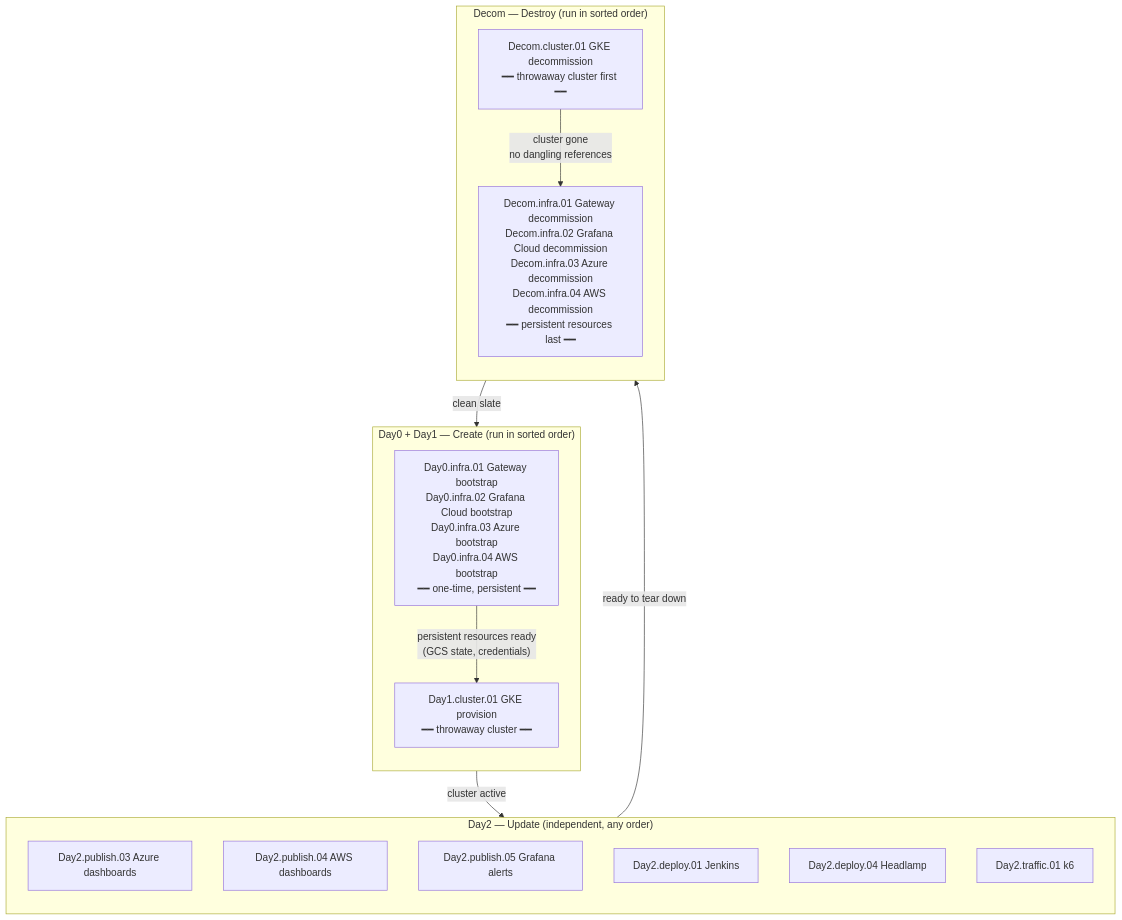
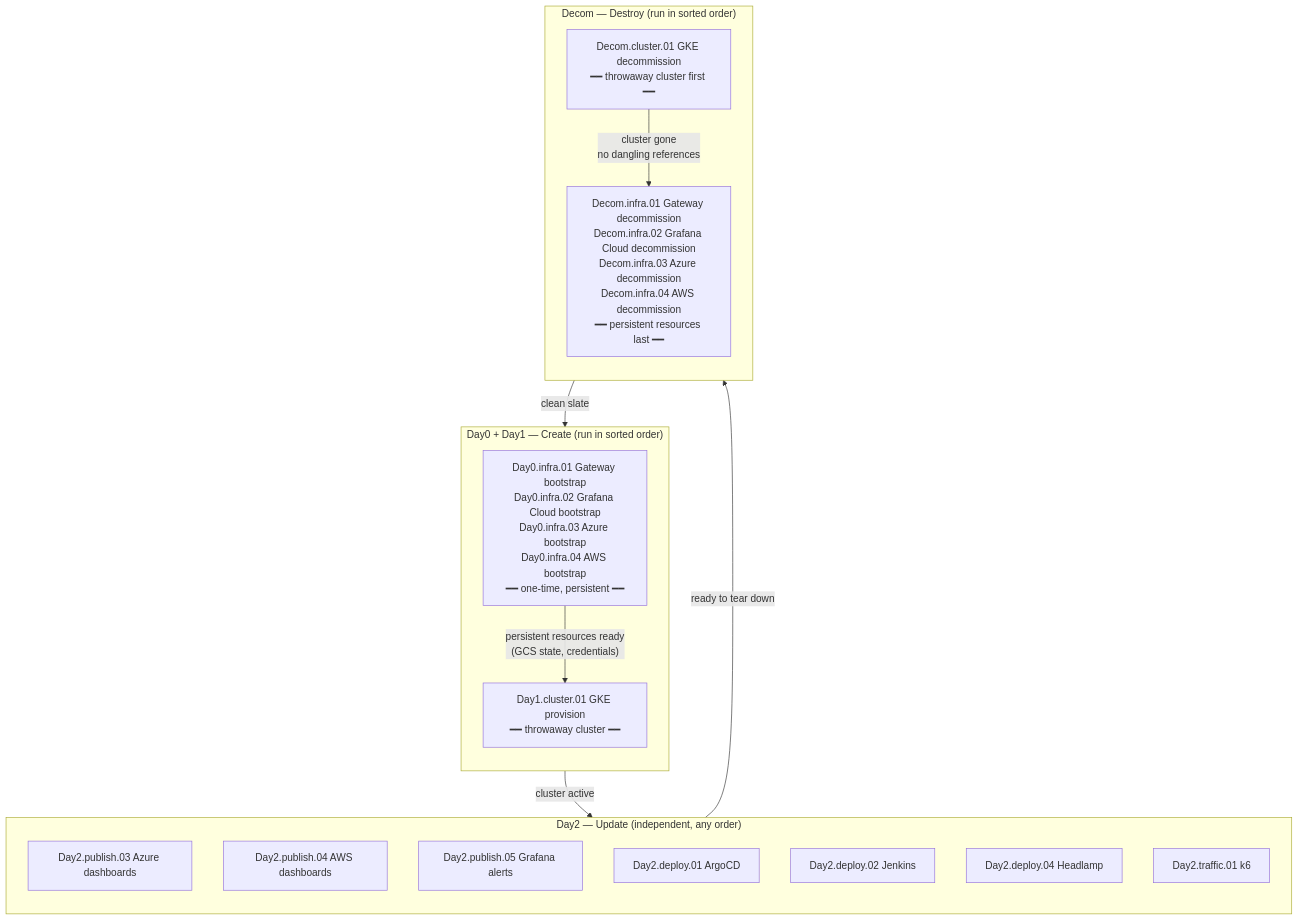
The first of 2 diagrams in docs/101-GITHUB_ACTIONS_WORKFLOWS.md (nubenetes/jenkins-2026), drawn with Mermaid before and after one commit. The commit also changed other lines of this file and 10 other files, not shown here.

First line of the commit message:
feat(workflows): add Day2.deploy.01-argocd, reorder deploy tier (ArgoCD first)

````diff
--- a/docs/101-GITHUB_ACTIONS_WORKFLOWS.md
+++ b/docs/101-GITHUB_ACTIONS_WORKFLOWS.md
@@ -72,30 +74,31 @@
 ```mermaid
 flowchart TD
     subgraph PHASE0 ["Day0 + Day1 — Create (run in sorted order)"]
         direction TB
         P0_1["Day0.infra.01 Gateway bootstrap\nDay0.infra.02 Grafana Cloud bootstrap\nDay0.infra.03 Azure bootstrap\nDay0.infra.04 AWS bootstrap\n━━ one-time, persistent ━━"]
         P0_2["Day1.cluster.01 GKE provision\n━━ throwaway cluster ━━"]
         P0_1 -->|"persistent resources ready\n(GCS state, credentials)"| P0_2
     end
 
     subgraph PHASE5 ["Day2 — Update (independent, any order)"]
         direction TB
         P5_1a["Day2.publish.03 Azure dashboards"]
         P5_1b["Day2.publish.04 AWS dashboards"]
         P5_1c["Day2.publish.05 Grafana alerts"]
-        P5_2a["Day2.deploy.01 Jenkins"]
+        P5_2z["Day2.deploy.01 ArgoCD"]
+        P5_2a["Day2.deploy.02 Jenkins"]
         P5_2b["Day2.deploy.04 Headlamp"]
         P5_9["Day2.traffic.01 k6"]
     end
 
     subgraph PHASE9 ["Decom — Destroy (run in sorted order)"]
         direction TB
         P9_1["Decom.cluster.01 GKE decommission\n━━ throwaway cluster first ━━"]
         P9_2["Decom.infra.01 Gateway decommission\nDecom.infra.02 Grafana Cloud decommission\nDecom.infra.03 Azure decommission\nDecom.infra.04 AWS decommission\n━━ persistent resources last ━━"]
         P9_1 -->|"cluster gone\nno dangling references"| P9_2
     end
 
     PHASE0 -->|"cluster active"| PHASE5
     PHASE5 -->|"ready to tear down"| PHASE9
     PHASE9 -->|"clean slate"| PHASE0
 ```
````
